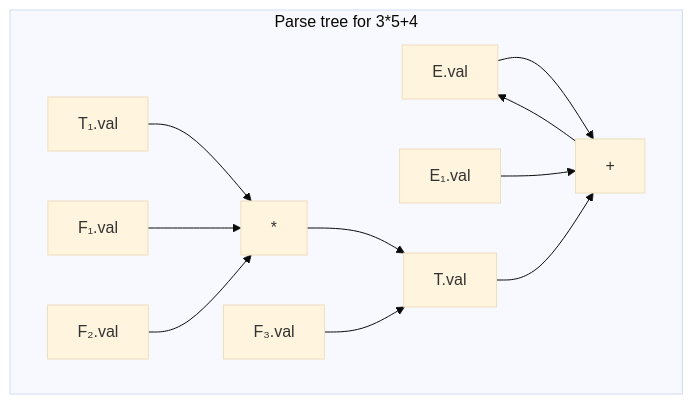
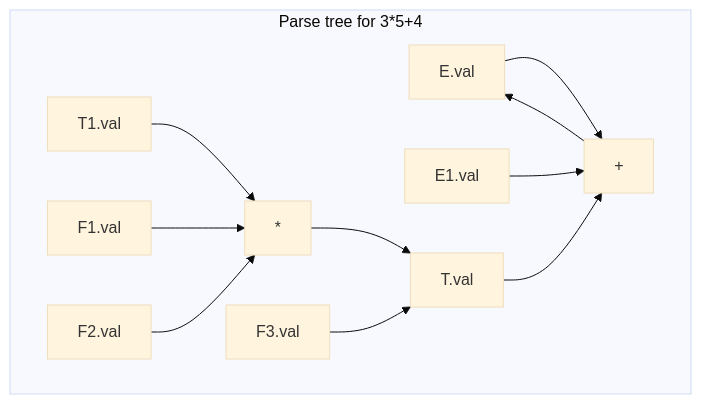
Before and after one commit to Raushan666java/ai-engineering-journey: the second of 2 diagrams in docs/courses/compiler-design/05-sdt.md, drawn with Mermaid (base theme). The commit also changed other lines of this file and 790 other files, not shown here.

Commit message:
Sync all course diagram renders and content updates

````diff
--- a/docs/courses/compiler-design/05-sdt.md
+++ b/docs/courses/compiler-design/05-sdt.md
@@ -75,23 +75,23 @@
 ```mermaid
 graph TD
     subgraph "Parse tree for 3*5+4"
         E_val["E.val"]
-        E1_val["E₁.val"]
+        E1_val["E1.val"]
         T_val["T.val"]
-        T1_val["T₁.val"]
-        F1_val["F₁.val"]
-        F2_val["F₂.val"]
-        F3_val["F₃.val"]
+        T1_val["T1.val"]
+        F1_val["F1.val"]
+        F2_val["F2.val"]
+        F3_val["F3.val"]
         plus["+"]
         times["*"]
         E_val --> plus
         E1_val --> plus
         T_val --> plus
         T1_val --> times
         F1_val --> times
         F2_val --> times
         plus --> E_val["E.val"]
         times --> T_val
         F3_val --> T_val
     end
 ```
````
